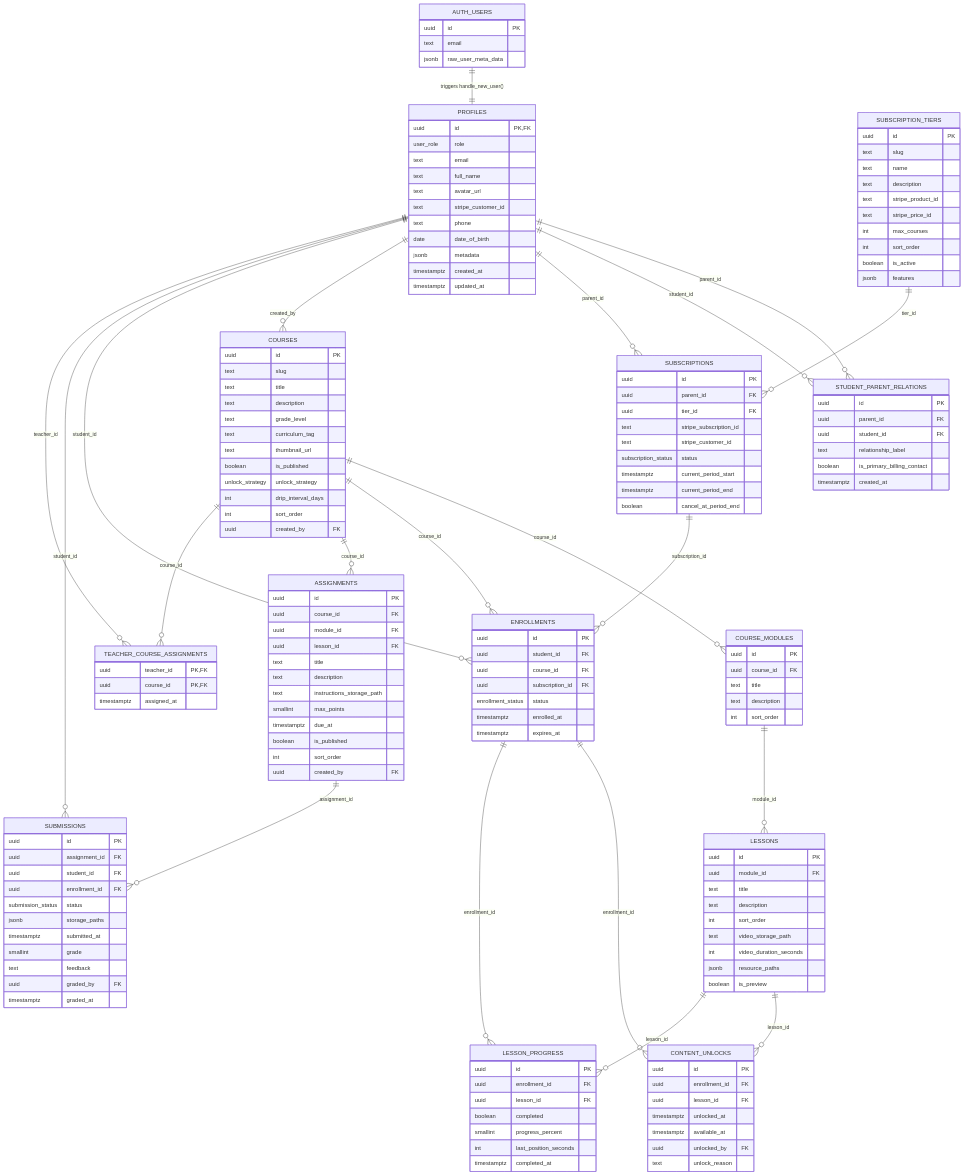
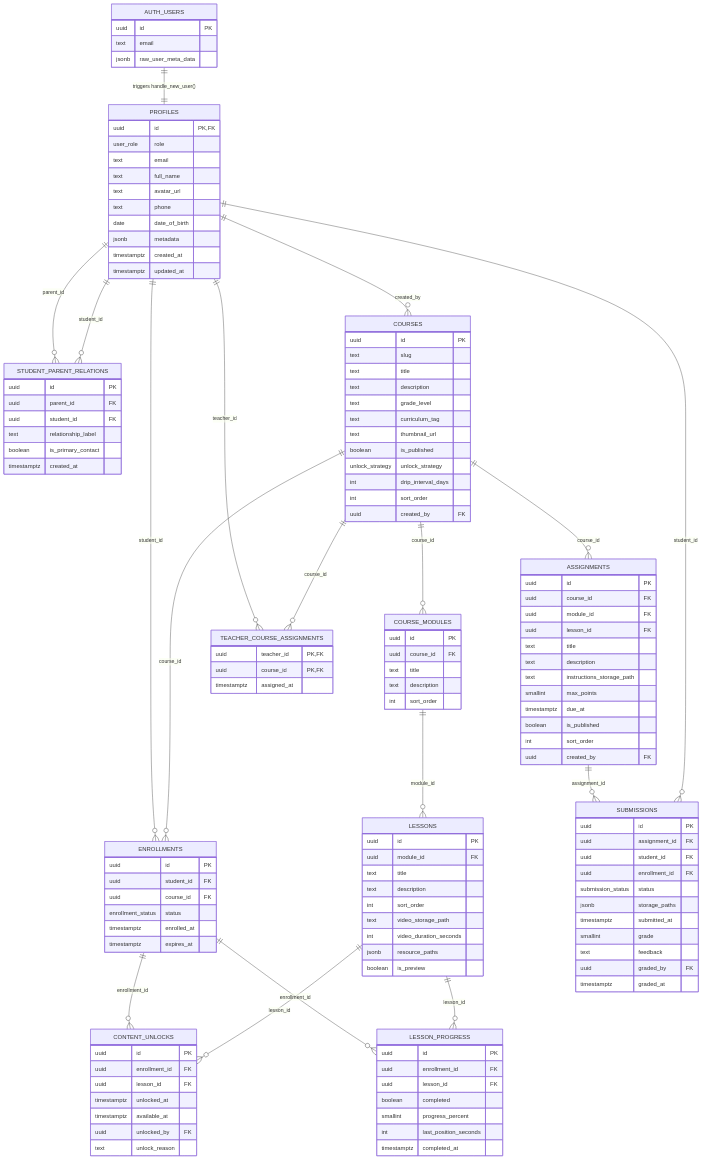
Before and after one commit to aalgorix/aalgorix-world-academy: the fourth of 7 diagrams in docs/MASTER_DOCUMENTATION.md, drawn with Mermaid. The commit also changed other lines of this file and 47 other files, not shown here.

```diff
--- a/docs/MASTER_DOCUMENTATION.md
+++ b/docs/MASTER_DOCUMENTATION.md
@@ -843,7 +860,6 @@
         text email
         text full_name
         text avatar_url
-        text stripe_customer_id
         text phone
         date date_of_birth
         jsonb metadata
@@ -856,33 +872,8 @@
         uuid parent_id FK
         uuid student_id FK
         text relationship_label
-        boolean is_primary_billing_contact
+        boolean is_primary_contact
         timestamptz created_at
-    }
-
-    SUBSCRIPTION_TIERS {
-        uuid id PK
-        text slug
-        text name
-        text description
-        text stripe_product_id
-        text stripe_price_id
-        int max_courses
-        int sort_order
-        boolean is_active
-        jsonb features
-    }
-
-    SUBSCRIPTIONS {
-        uuid id PK
-        uuid parent_id FK
-        uuid tier_id FK
-        text stripe_subscription_id
-        text stripe_customer_id
-        subscription_status status
-        timestamptz current_period_start
-        timestamptz current_period_end
-        boolean cancel_at_period_end
     }
 
     COURSES {
@@ -924,7 +915,6 @@
         uuid id PK
         uuid student_id FK
         uuid course_id FK
-        uuid subscription_id FK
         enrollment_status status
         timestamptz enrolled_at
         timestamptz expires_at
@@ -988,14 +978,11 @@
     AUTH_USERS ||--|| PROFILES : "triggers handle_new_user()"
     PROFILES ||--o{ STUDENT_PARENT_RELATIONS : "parent_id"
     PROFILES ||--o{ STUDENT_PARENT_RELATIONS : "student_id"
-    PROFILES ||--o{ SUBSCRIPTIONS : "parent_id"
-    SUBSCRIPTION_TIERS ||--o{ SUBSCRIPTIONS : "tier_id"
     PROFILES ||--o{ COURSES : "created_by"
     COURSES ||--o{ COURSE_MODULES : "course_id"
     COURSE_MODULES ||--o{ LESSONS : "module_id"
     PROFILES ||--o{ ENROLLMENTS : "student_id"
     COURSES ||--o{ ENROLLMENTS : "course_id"
-    SUBSCRIPTIONS ||--o{ ENROLLMENTS : "subscription_id"
     ENROLLMENTS ||--o{ CONTENT_UNLOCKS : "enrollment_id"
     LESSONS ||--o{ CONTENT_UNLOCKS : "lesson_id"
     ENROLLMENTS ||--o{ LESSON_PROGRESS : "enrollment_id"
```
